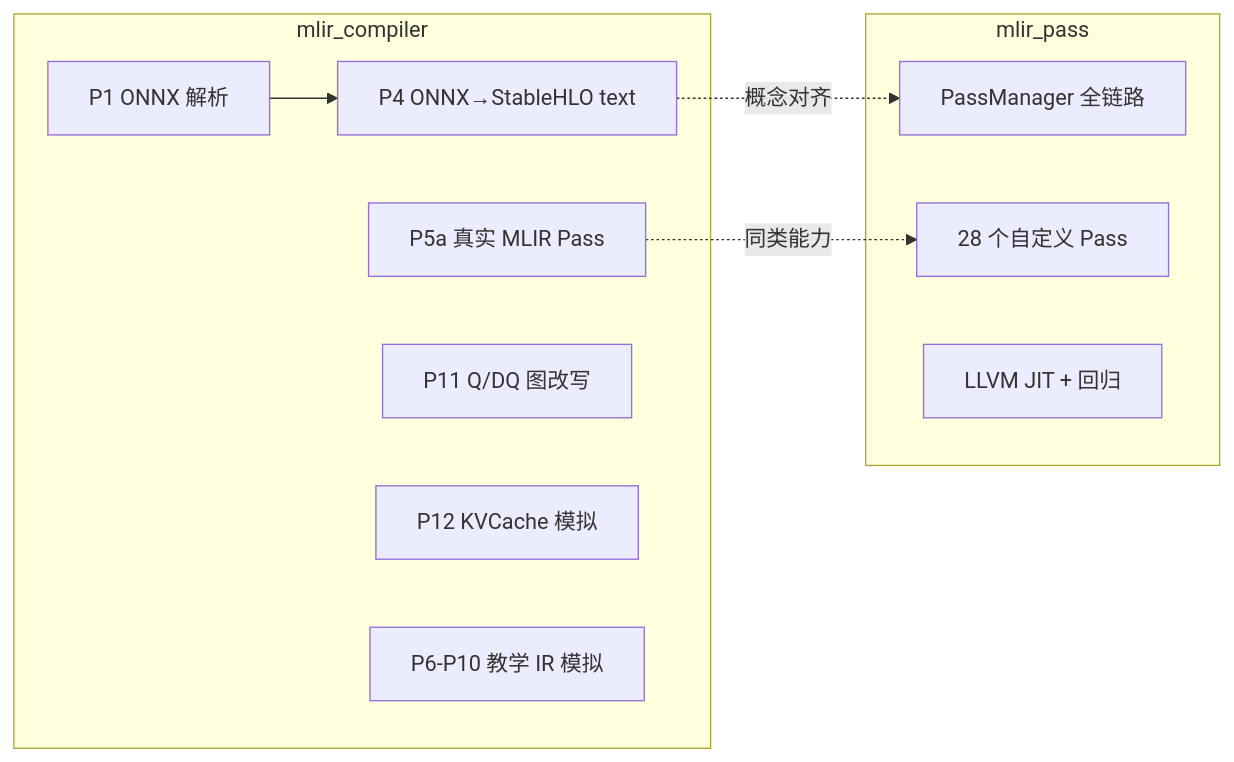
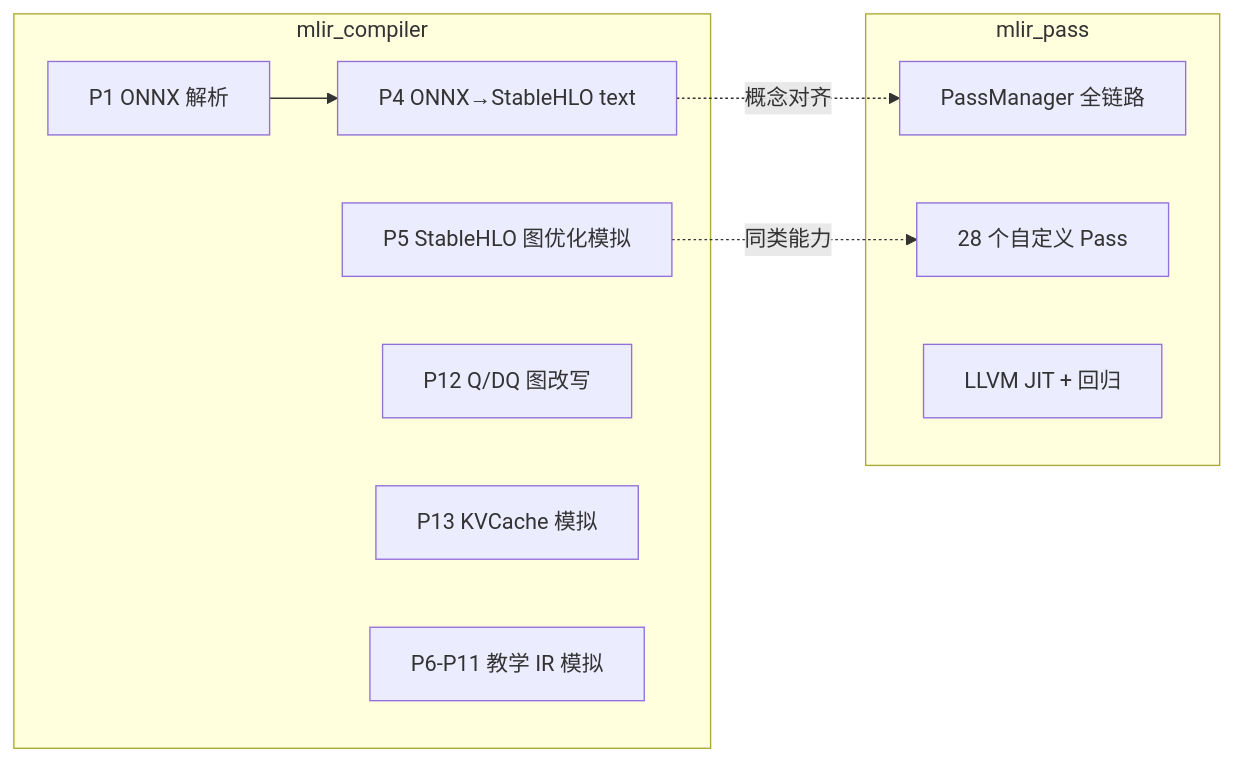
Before and after one commit to xdlhzdh/mlir_compiler: the diagram in src/mlir/gpu/docs/编译器能力映射.md, drawn with Mermaid. The commit also changed other lines of this file and 74 other files, not shown here.

````diff
--- a/src/mlir/gpu/docs/编译器能力映射.md
+++ b/src/mlir/gpu/docs/编译器能力映射.md
@@ -16,19 +16,19 @@
 ```mermaid
 flowchart LR
   subgraph compiler [mlir_compiler]
     P1[P1 ONNX 解析]
     P4[P4 ONNX→StableHLO text]
-    P5a[P5a 真实 MLIR Pass]
-    P11[P11 Q/DQ 图改写]
-    P12[P12 KVCache 模拟]
-    P6[P6-P10 教学 IR 模拟]
+    P5[P5 StableHLO 图优化模拟]
+    P12[P12 Q/DQ 图改写]
+    P13[P13 KVCache 模拟]
+    P6[P6-P11 教学 IR 模拟]
   end
   subgraph pass [mlir_pass]
     PM[PassManager 全链路]
     CP[28 个自定义 Pass]
     JIT[LLVM JIT + 回归]
   end
   P1 --> P4
   P4 -.->|概念对齐| PM
-  P5a -.->|同类能力| CP
+  P5 -.->|同类能力| CP
 ```
````
